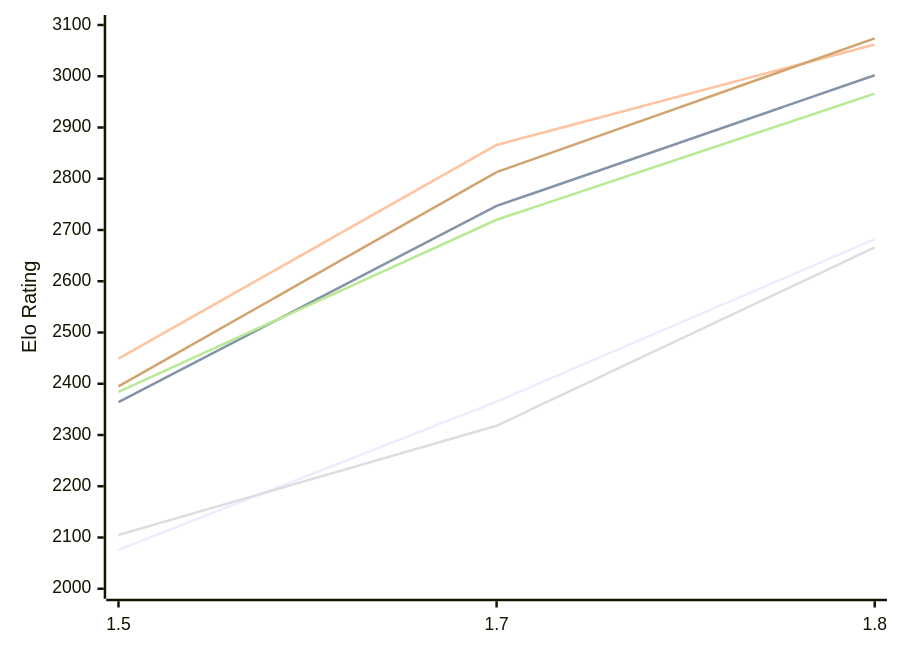
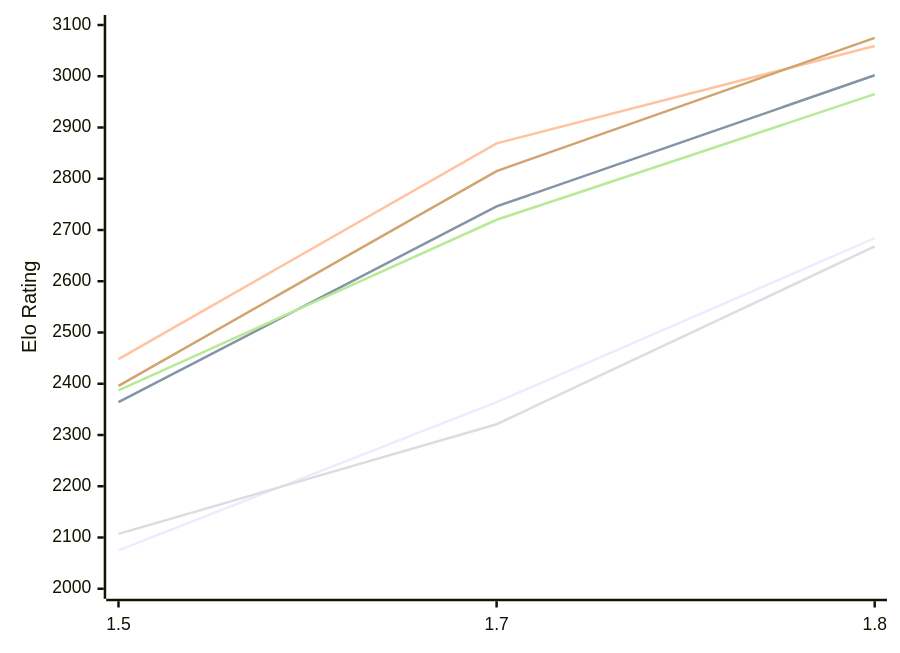
Before and after one commit to computer-chess-index/cci: the first of 2 diagrams in engines/Facon.md, drawn with Mermaid. The commit also changed other lines of this file, not shown here.

Commit message:
Update CCI Ratings (ELO VLTC) - 2026-11-28

````diff
--- a/engines/Facon.md
+++ b/engines/Facon.md
@@ -54,12 +54,12 @@
 ```mermaid
 %%{init: {"theme":"base","themeVariables":{"seriesColors:['#a3a3a3','#222221','#faa371']}}}%%
 xychart-beta
   x-axis ["1.5", "1.7", "1.8"]
   y-axis "Elo Rating" 2000 --> 3100
-  line "E1: STC (8.0+0.08s)" [2076, 2365, 2682]
-  line "E1: LTC (60.0+0.60s)" [2364, 2747, 3002]
-  line "E1: VLTC (2m24s+1.12s)" [2449, 2866, 3062]
-  line "P1: STC (8.0+0.08s)" [2105, 2318, 2666]
-  line "P1: LTC (60.0+0.60s)" [2384, 2720, 2966]
-  line "P1: VLTC (2m24s+1.12s)" [2395, 2813, 3074]
+  line "E1: STC (8.0+0.08s)" [2075, 2364, 2684]
+  line "E1: LTC (60.0+0.60s)" [2364, 2746, 3002]
+  line "E1: VLTC (2m24s+1.12s)" [2448, 2869, 3059]
+  line "P1: STC (8.0+0.08s)" [2107, 2321, 2668]
+  line "P1: LTC (60.0+0.60s)" [2387, 2720, 2965]
+  line "P1: VLTC (2m24s+1.12s)" [2396, 2815, 3075]
 ```
````
